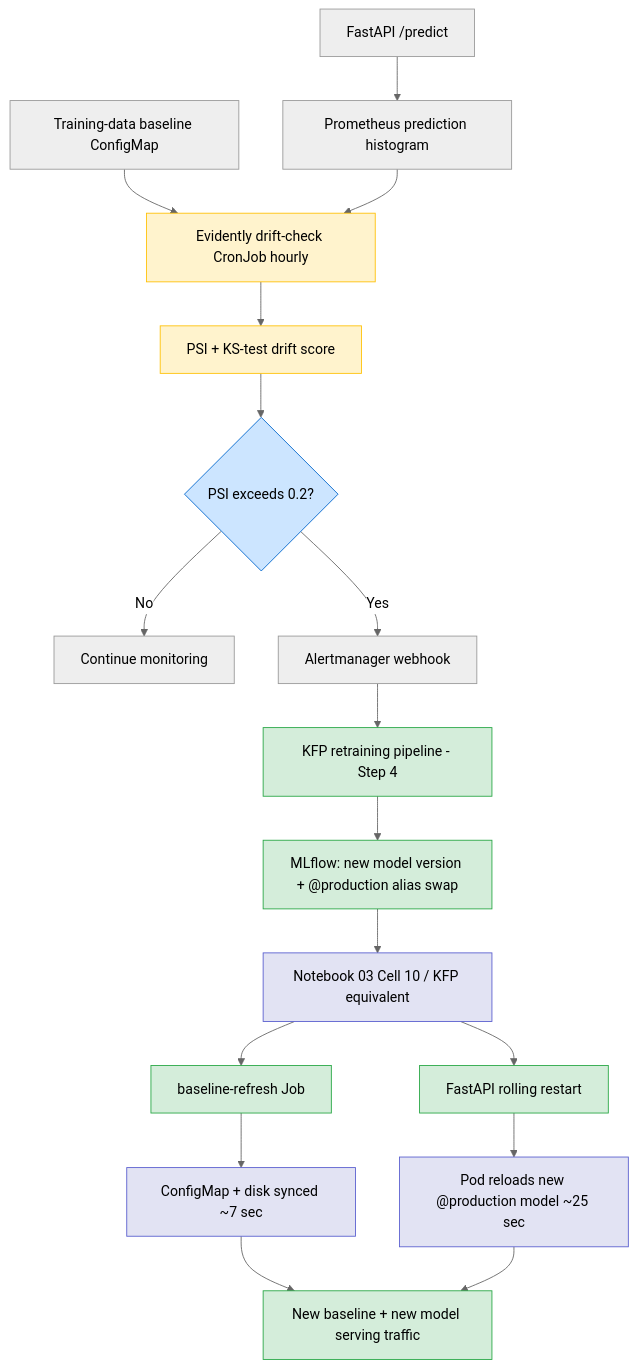
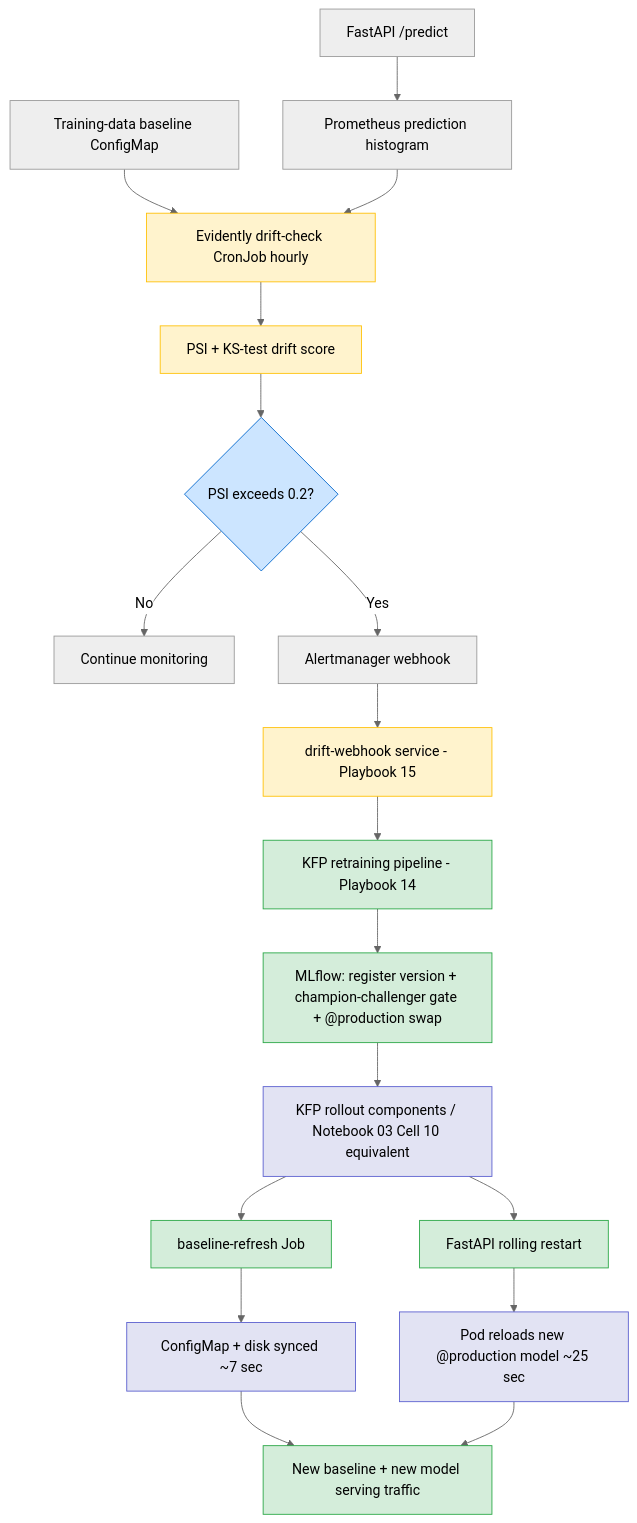
The second of 2 diagrams in README.md (dogancantorun8/thesis-infra), drawn with Mermaid (neutral theme) before and after one commit. The commit also changed other lines of this file and 1 other file, not shown here.

````diff
--- a/README.md
+++ b/README.md
@@ -139,29 +143,30 @@
 ```mermaid
 flowchart TD
     A[FastAPI /predict] --> B[Prometheus prediction histogram]
     C[Training-data baseline ConfigMap] --> D
     B --> D[Evidently drift-check CronJob hourly]
     D --> E[PSI + KS-test drift score]
     E --> F{PSI exceeds 0.2?}
     F -- No --> G[Continue monitoring]
     F -- Yes --> H[Alertmanager webhook]
-    H --> I[KFP retraining pipeline - Step 4]
-    I --> J[MLflow: new model version + @production alias swap]
-    J --> P[Notebook 03 Cell 10 / KFP equivalent]
+    H --> W[drift-webhook service - Playbook 15]
+    W --> I[KFP retraining pipeline - Playbook 14]
+    I --> J[MLflow: register version + champion-challenger gate + @production swap]
+    J --> P[KFP rollout components / Notebook 03 Cell 10 equivalent]
     P --> Q[baseline-refresh Job]
     P --> R[FastAPI rolling restart]
     Q --> S[ConfigMap + disk synced ~7 sec]
     R --> T[Pod reloads new @production model ~25 sec]
     S --> O[New baseline + new model serving traffic]
     T --> O
 
     classDef trigger fill:#fff3cd,stroke:#ffc107
     classDef action fill:#d4edda,stroke:#28a745
     classDef decision fill:#cce5ff,stroke:#0066cc
     classDef sync fill:#e2e3f3,stroke:#5a5fcf
 
-    class D,E trigger
+    class D,E,W trigger
     class I,J,Q,R,O action
     class F decision
     class P,S,T sync
 ```
````
